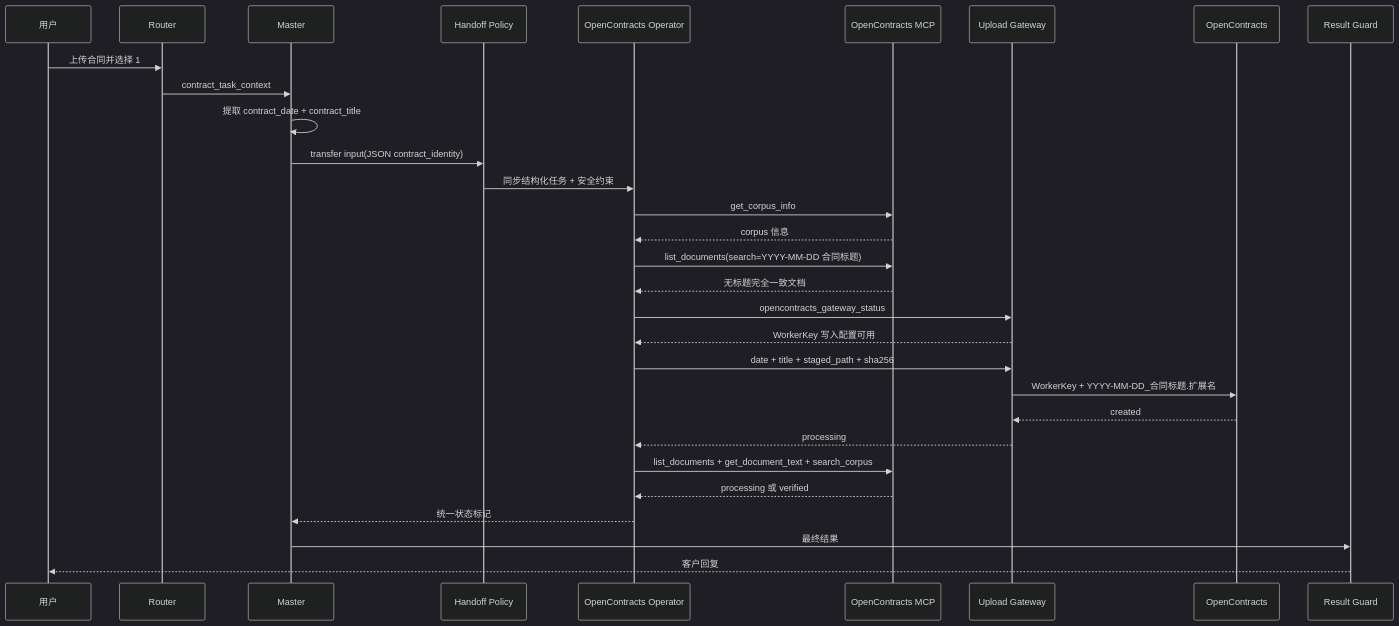
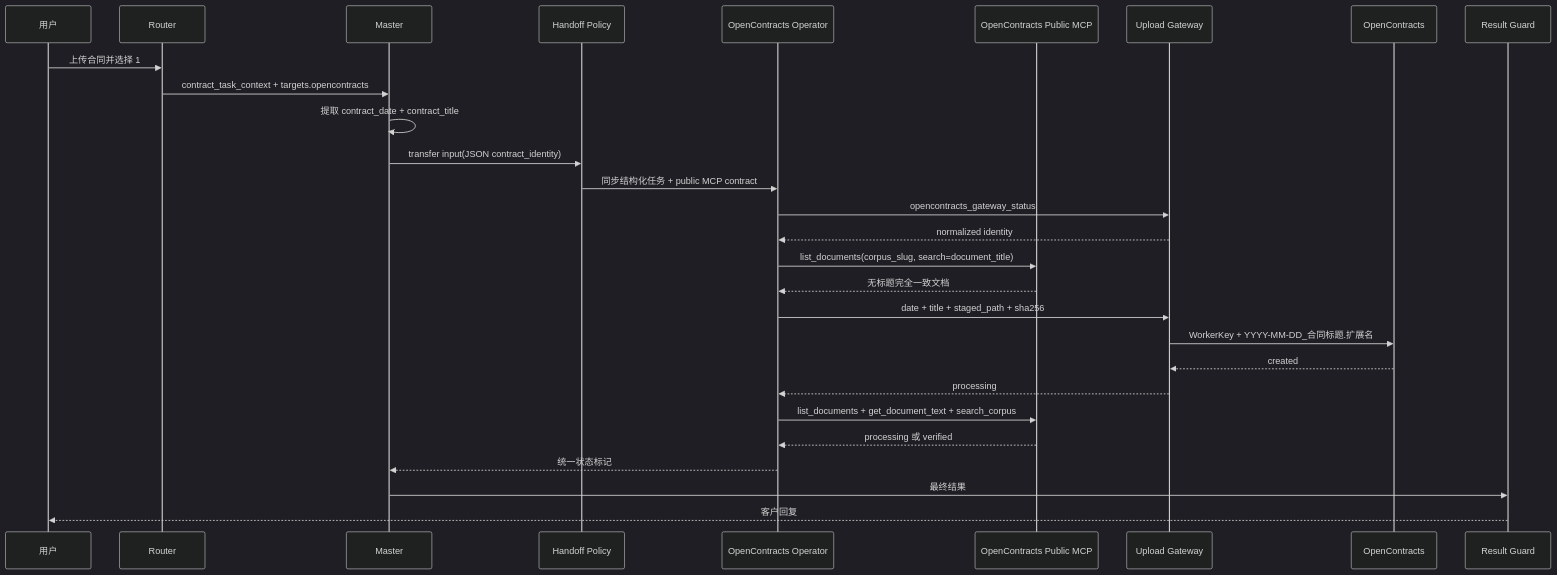
Before and after one commit to Ri0n72Y/ContractBotConfig: the first of 6 diagrams in docs/architecture/upload-sequence.md, drawn with Mermaid (dark theme). The commit also changed other lines of this file, not shown here.

Commit message:
update upload sequence for public MCP

````diff
--- a/docs/architecture/upload-sequence.md
+++ b/docs/architecture/upload-sequence.md
@@ -5,33 +5,31 @@
 ```mermaid
 sequenceDiagram
     participant U as 用户
     participant R as Router
     participant M as Master
     participant H as Handoff Policy
     participant O as OpenContracts Operator
-    participant MCP as OpenContracts MCP
+    participant MCP as OpenContracts Public MCP
     participant G as Upload Gateway
     participant OC as OpenContracts
     participant RG as Result Guard
 
     U->>R: 上传合同并选择 1
-    R->>M: contract_task_context
+    R->>M: contract_task_context + targets.opencontracts
     M->>M: 提取 contract_date + contract_title
     M->>H: transfer input(JSON contract_identity)
-    H->>O: 同步结构化任务 + 安全约束
-    O->>MCP: get_corpus_info
-    MCP-->>O: corpus 信息
-    O->>MCP: list_documents(search=YYYY-MM-DD 合同标题)
+    H->>O: 同步结构化任务 + public MCP contract
+    O->>G: opencontracts_gateway_status
+    G-->>O: normalized identity
+    O->>MCP: list_documents(corpus_slug, search=document_title)
     MCP-->>O: 无标题完全一致文档
-    O->>G: opencontracts_gateway_status
-    G-->>O: WorkerKey 写入配置可用
     O->>G: date + title + staged_path + sha256
     G->>OC: WorkerKey + YYYY-MM-DD_合同标题.扩展名
     OC-->>G: created
     G-->>O: processing
     O->>MCP: list_documents + get_document_text + search_corpus
     MCP-->>O: processing 或 verified
     O-->>M: 统一状态标记
     M->>RG: 最终结果
     RG-->>U: 客户回复
 ```
````
